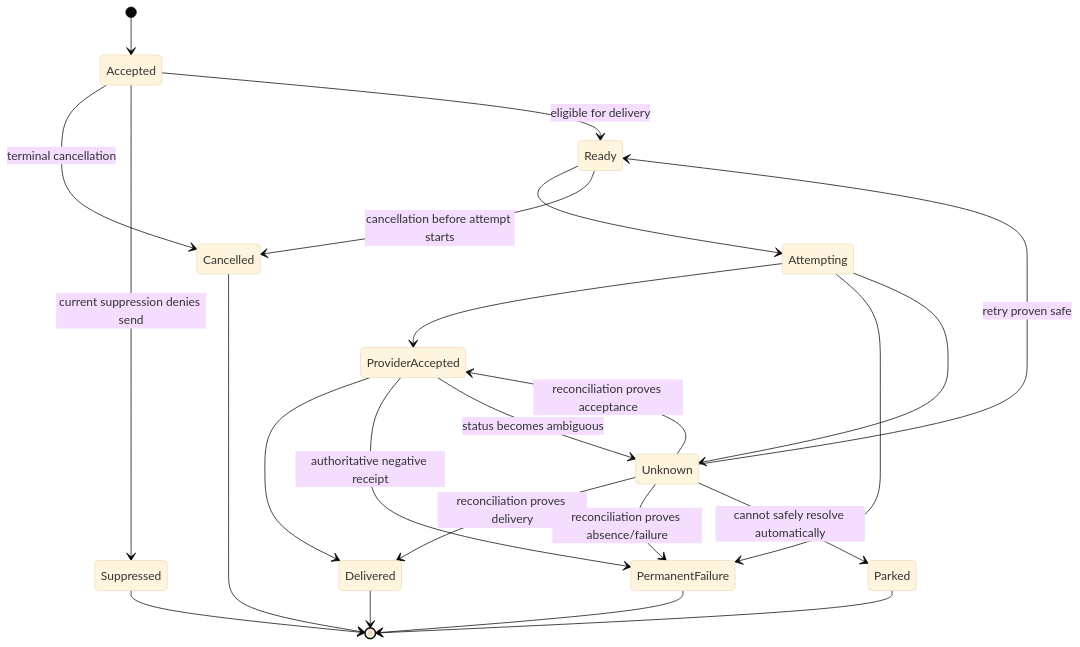
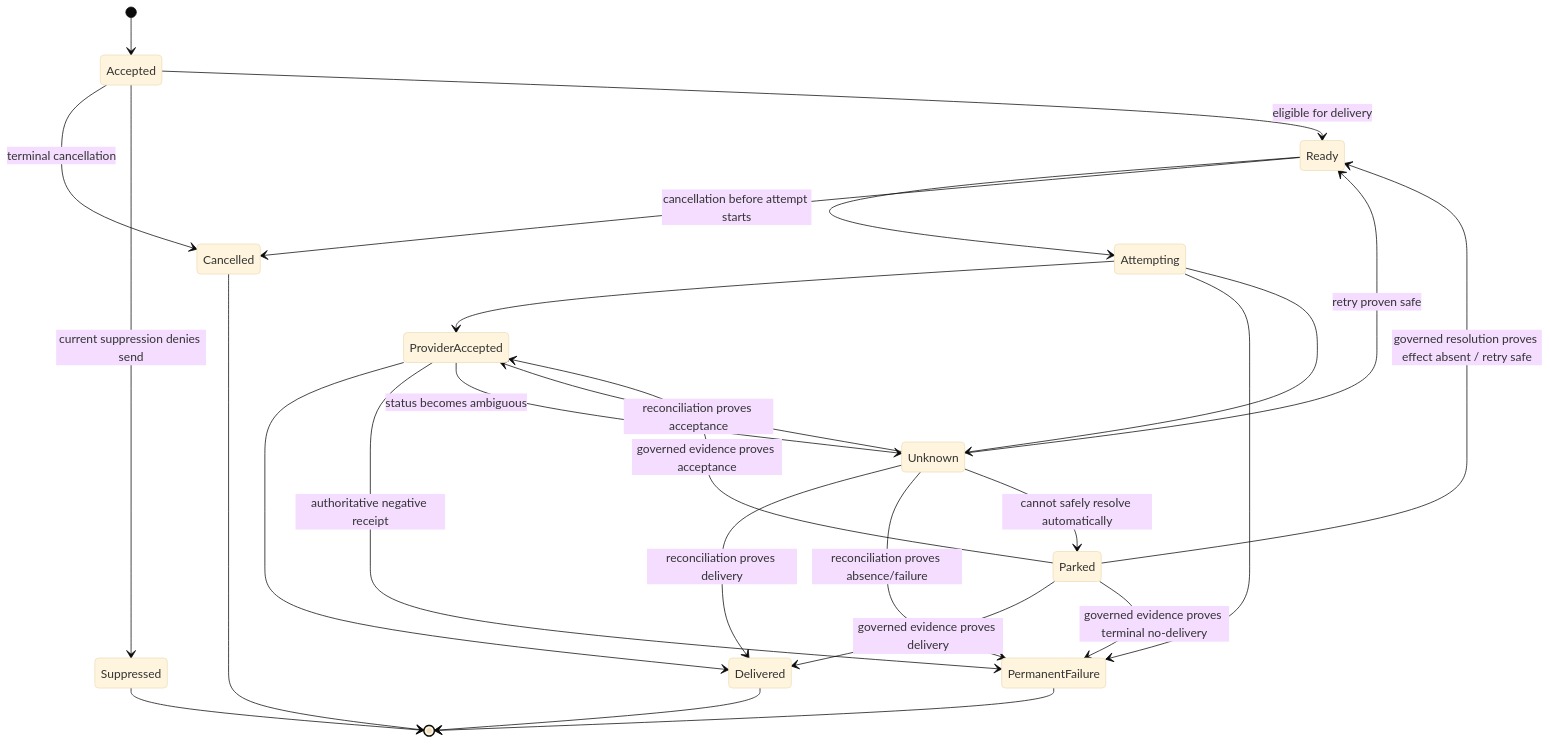
Before and after one commit to anshacerbia2/scnehaux-architecture: the first of 2 diagrams in 03-domain/PAD-PLT-005-notification-platform/PAD-PLT-005-notification-platform.pad.md, drawn with Mermaid (base theme). The commit also changed other lines of this file and 1 other file, not shown here.

Commit message:
fix(notification): align governed parked outcome resolution

````diff
--- a/03-domain/PAD-PLT-005-notification-platform/PAD-PLT-005-notification-platform.pad.md
+++ b/03-domain/PAD-PLT-005-notification-platform/PAD-PLT-005-notification-platform.pad.md
@@ -153,30 +153,33 @@
 ```mermaid
 stateDiagram-v2
     [*] --> Accepted
     Accepted --> Cancelled: terminal cancellation
     Accepted --> Suppressed: current suppression denies send
     Accepted --> Ready: eligible for delivery
 
     Ready --> Attempting
     Ready --> Cancelled: cancellation before attempt starts
 
     Attempting --> ProviderAccepted
     Attempting --> PermanentFailure
     Attempting --> Unknown
 
     ProviderAccepted --> Delivered
     ProviderAccepted --> PermanentFailure: authoritative negative receipt
     ProviderAccepted --> Unknown: status becomes ambiguous
 
     Unknown --> ProviderAccepted: reconciliation proves acceptance
     Unknown --> Delivered: reconciliation proves delivery
     Unknown --> PermanentFailure: reconciliation proves absence/failure
     Unknown --> Ready: retry proven safe
     Unknown --> Parked: cannot safely resolve automatically
 
     Suppressed --> [*]
     Delivered --> [*]
     PermanentFailure --> [*]
     Cancelled --> [*]
-    Parked --> [*]
+    Parked --> Ready: governed resolution proves effect absent / retry safe
+    Parked --> ProviderAccepted: governed evidence proves acceptance
+    Parked --> Delivered: governed evidence proves delivery
+    Parked --> PermanentFailure: governed evidence proves terminal no-delivery
 ```
````
